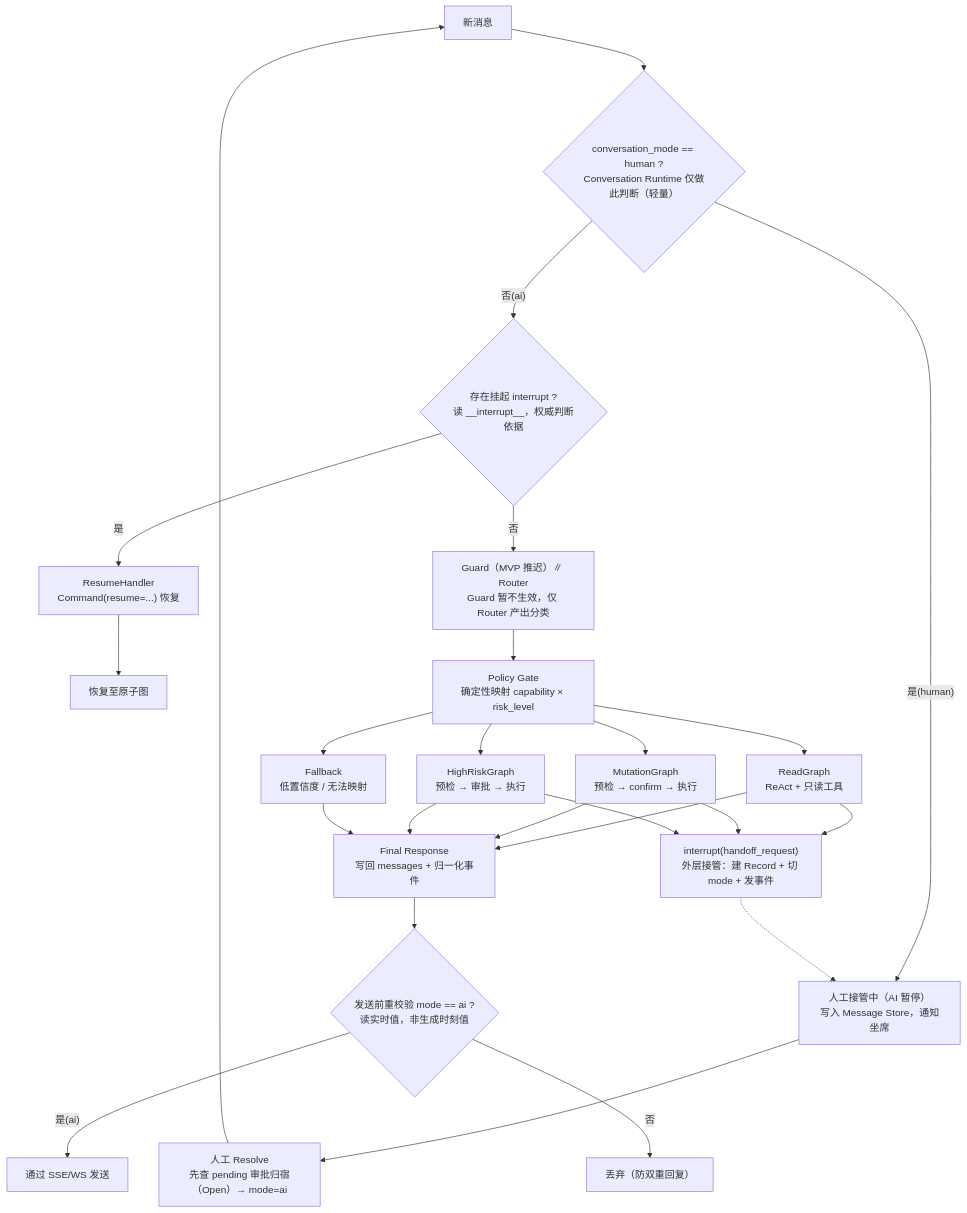
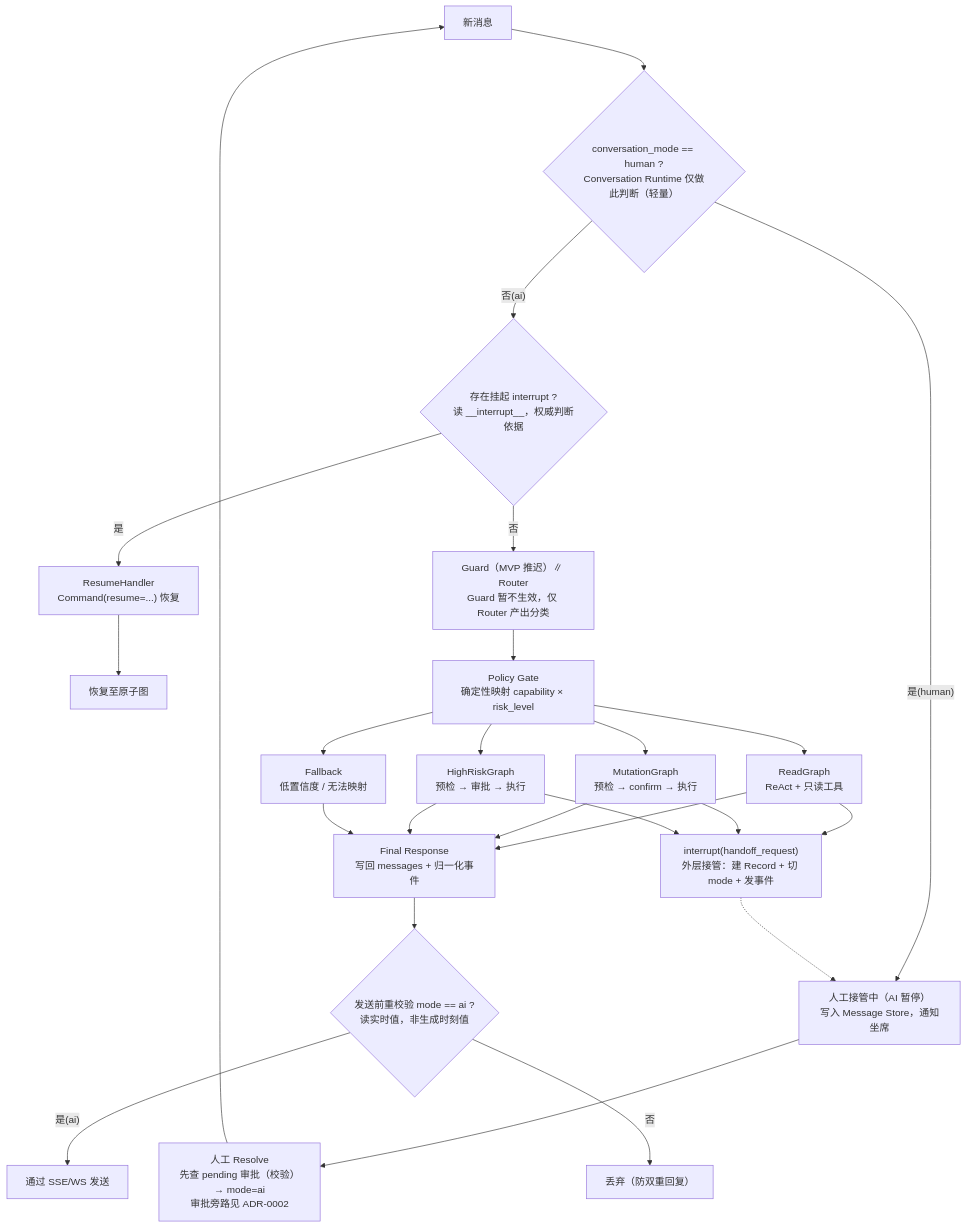
The diagram in AI Service Agent/docs/diagrams/graph-overview.md (wlyqiqi/ai-service-agent), drawn with Mermaid before and after one commit. The commit also changed other lines of this file and 10 other files, not shown here.

First line of the commit message:
docs: mark pending-approval destiny superseded by ADR-0002

````diff
--- a/AI Service Agent/docs/diagrams/graph-overview.md
+++ b/AI Service Agent/docs/diagrams/graph-overview.md
@@ -6,22 +6,22 @@
 ```mermaid
 flowchart TD
     A["新消息"] --> B{"conversation_mode == human ?<br/>Conversation Runtime 仅做此判断（轻量）"}
     B -- "是(human)" --> H["人工接管中（AI 暂停）<br/>写入 Message Store，通知坐席"]
     B -- "否(ai)" --> C{"存在挂起 interrupt ?<br/>读 __interrupt__，权威判断依据"}
     C -- "是" --> R["ResumeHandler<br/>Command(resume=...) 恢复"]
     R --> RG["恢复至原子图"]
     C -- "否" --> G["Guard（MVP 推迟）∥ Router<br/>Guard 暂不生效，仅 Router 产出分类"]
     G --> P["Policy Gate<br/>确定性映射 capability × risk_level"]
     P --> RD["ReadGraph<br/>ReAct + 只读工具"]
     P --> MU["MutationGraph<br/>预检 → confirm → 执行"]
     P --> HR["HighRiskGraph<br/>预检 → 审批 → 执行"]
     P --> FB["Fallback<br/>低置信度 / 无法映射"]
     RD & MU & HR & FB --> F["Final Response<br/>写回 messages + 归一化事件"]
     RD & MU & HR --> HO["interrupt(handoff_request)<br/>外层接管：建 Record + 切 mode + 发事件"]
     HO -.-> H
     F --> PRE{"发送前重校验 mode == ai ?<br/>读实时值，非生成时刻值"}
     PRE -- "是(ai)" --> SEND["通过 SSE/WS 发送"]
     PRE -- "否" --> DROP["丢弃（防双重回复）"]
-    H --> RESOLVE["人工 Resolve<br/>先查 pending 审批归宿（Open）→ mode=ai"]
+    H --> RESOLVE["人工 Resolve<br/>先查 pending 审批（校验）→ mode=ai<br/>审批旁路见 ADR-0002"]
     RESOLVE --> A
 ```
````
